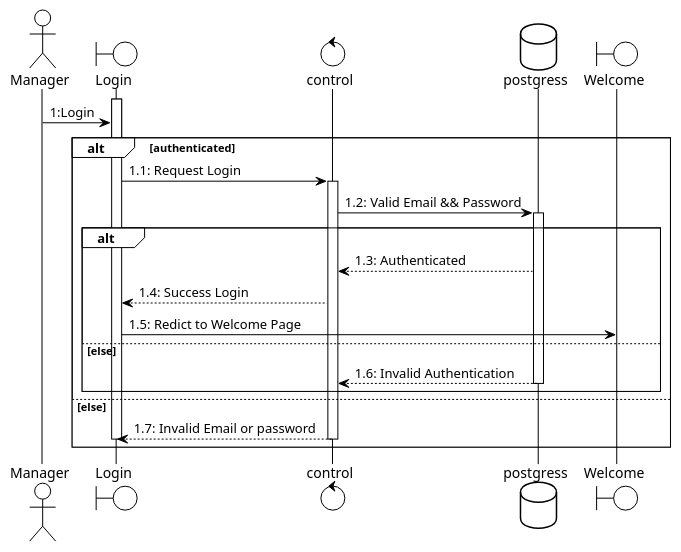
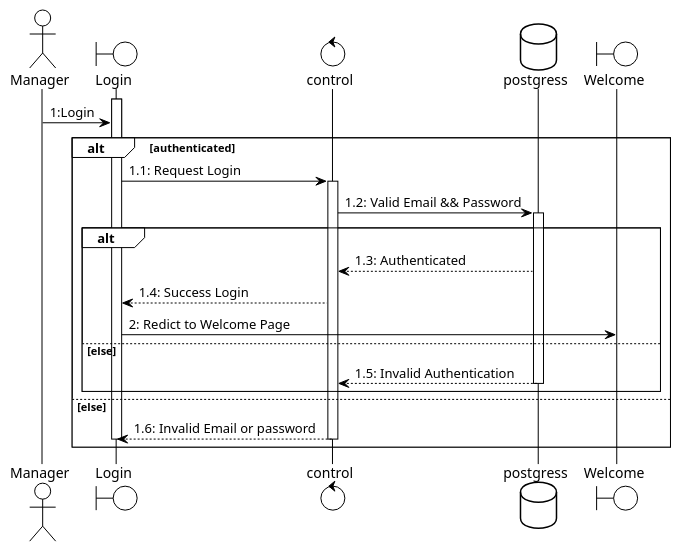
Before and after one commit to bosshentai/tccCode: the diagram in diagram/main/Sequence/login.puml, drawn with PlantUML. The commit also changed 1 other file, not shown here.

Commit message:
the RegisterClient Sequence puml done

```diff
--- a/diagram/main/Sequence/login.puml
+++ b/diagram/main/Sequence/login.puml
@@ -1,47 +1,47 @@
 @startuml name
 ' !theme materia-outline
 !theme plain
 
 actor Manager as p1
 boundary Login as l1
 control control as c1
 database postgress as db
 boundary Welcome as w1
 
 activate l1
 
 
 p1 -> l1 : 1:Login
 
 alt authenticated
 
     l1 -> c1 : 1.1: Request Login
     activate c1
 
     c1 -> db : 1.2: Valid Email && Password
     activate db
 
 
     group alt
         db -->c1 : 1.3: Authenticated
 
         c1 --> l1: 1.4: Success Login
 
 
-     l1 -> w1: 1.5: Redict to Welcome Page
+     l1 -> w1: 2: Redict to Welcome Page
 
     else else
-        db --> c1: 1.6: Invalid Authentication
+        db --> c1: 1.5: Invalid Authentication
         deactivate db
     end
 
 else else
 
-    c1 --> l1 : 1.7: Invalid Email or password
+    c1 --> l1 : 1.6: Invalid Email or password
     deactivate c1
     deactivate l1
 end
 
 
 
 @enduml
```
